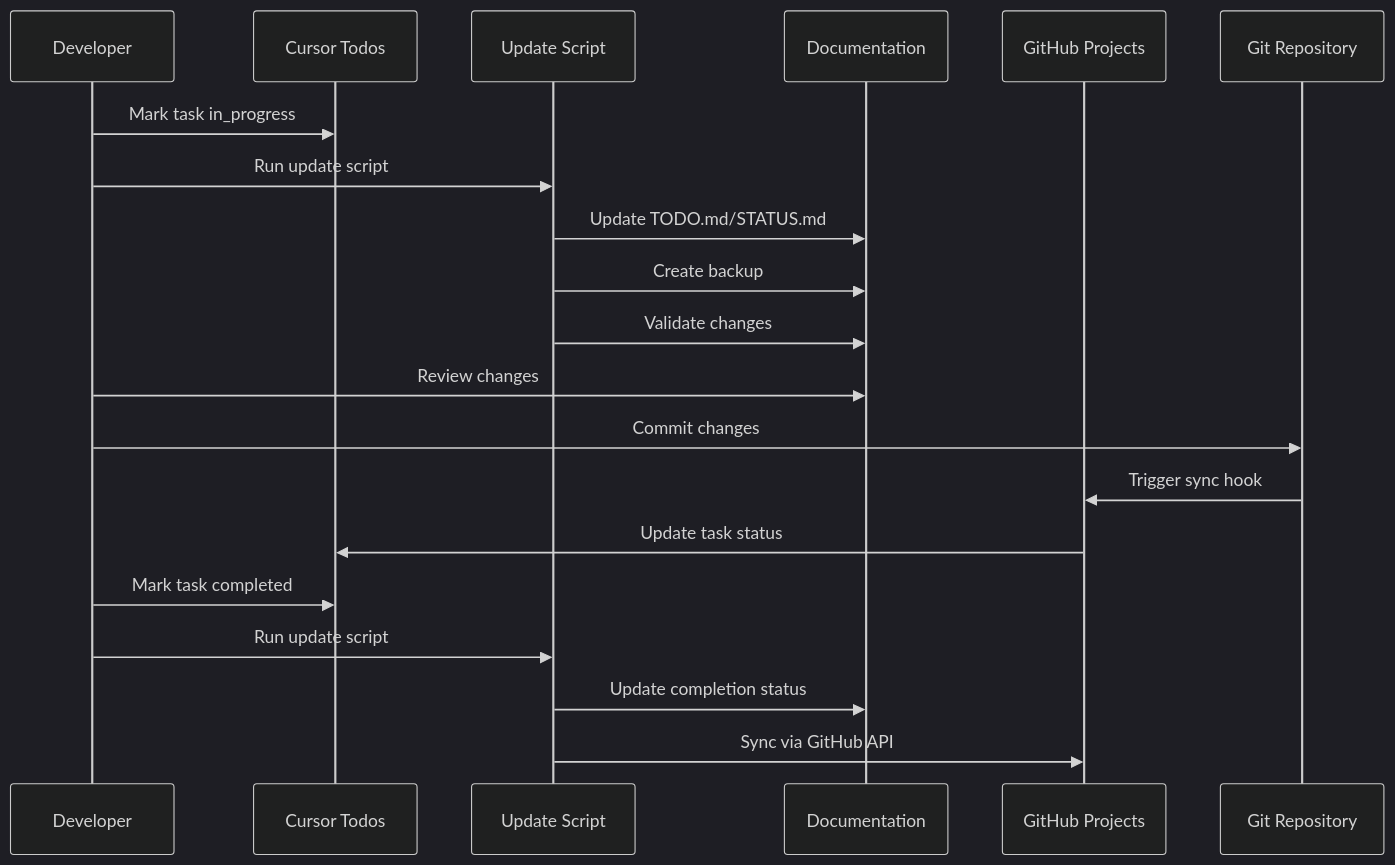
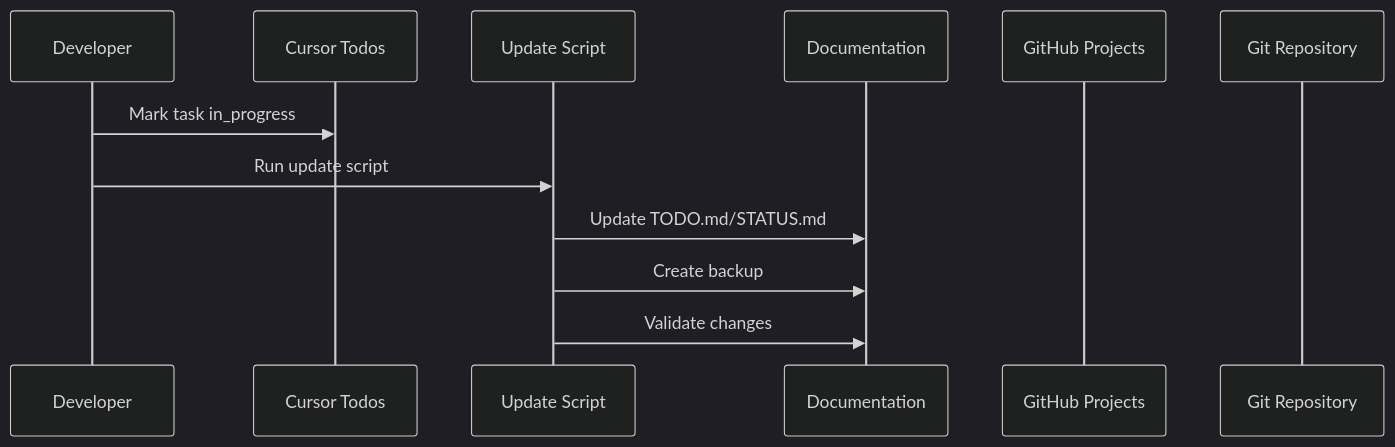
One commit to solidsystems/wp-qr-trackr changed the fourth of 5 diagrams in docs/architecture/ARCHITECTURE.md. Above: the diagram before and after it, drawn with Mermaid (dark theme). The commit also changed other lines of this file and 20 other files, not shown here.

````diff
--- a/docs/architecture/ARCHITECTURE.md
+++ b/docs/architecture/ARCHITECTURE.md
@@ -186,25 +186,15 @@
 ```mermaid
 sequenceDiagram
     participant Dev as Developer
     participant CT as Cursor Todos
     participant UTS as Update Script
     participant DOC as Documentation
     participant GP as GitHub Projects
     participant GIT as Git Repository
     
     Dev->>CT: Mark task in_progress
     Dev->>UTS: Run update script
     UTS->>DOC: Update TODO.md/STATUS.md
     UTS->>DOC: Create backup
     UTS->>DOC: Validate changes
-    
-    Dev->>DOC: Review changes
-    Dev->>GIT: Commit changes
-    GIT->>GP: Trigger sync hook
-    GP->>CT: Update task status
-    
-    Dev->>CT: Mark task completed
-    Dev->>UTS: Run update script
-    UTS->>DOC: Update completion status
-    UTS->>GP: Sync via GitHub API
 ```
````
